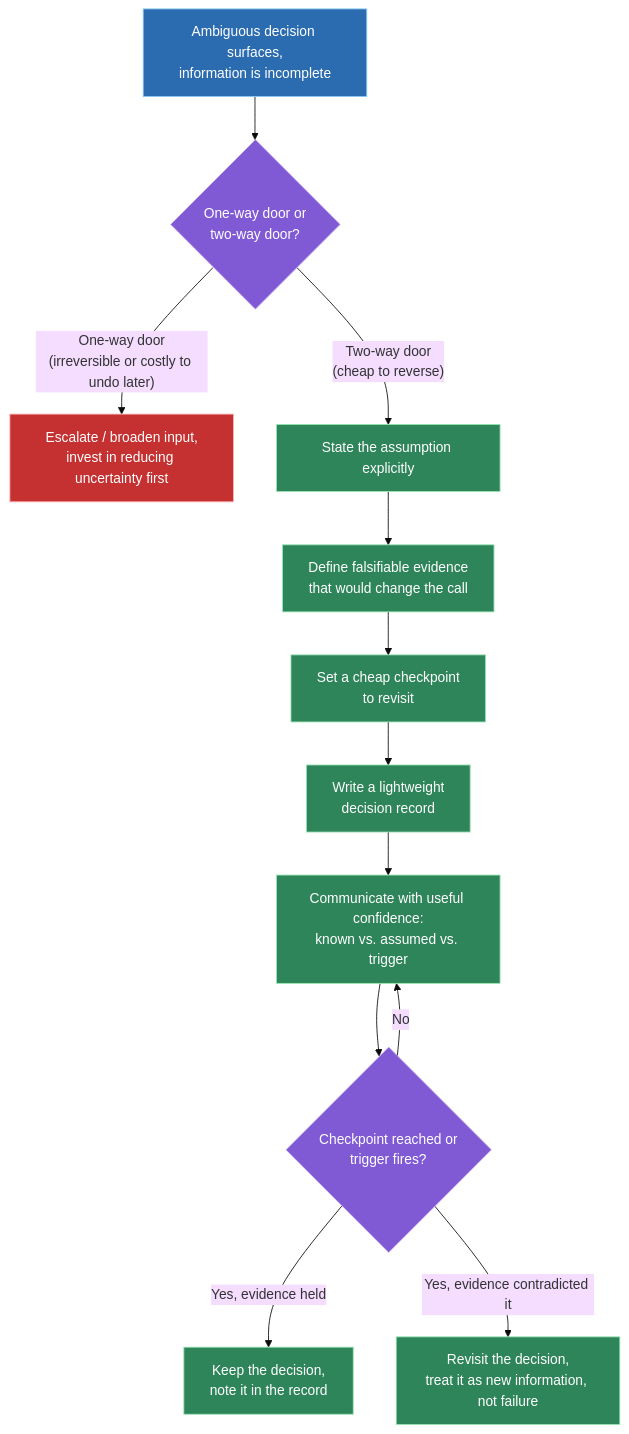
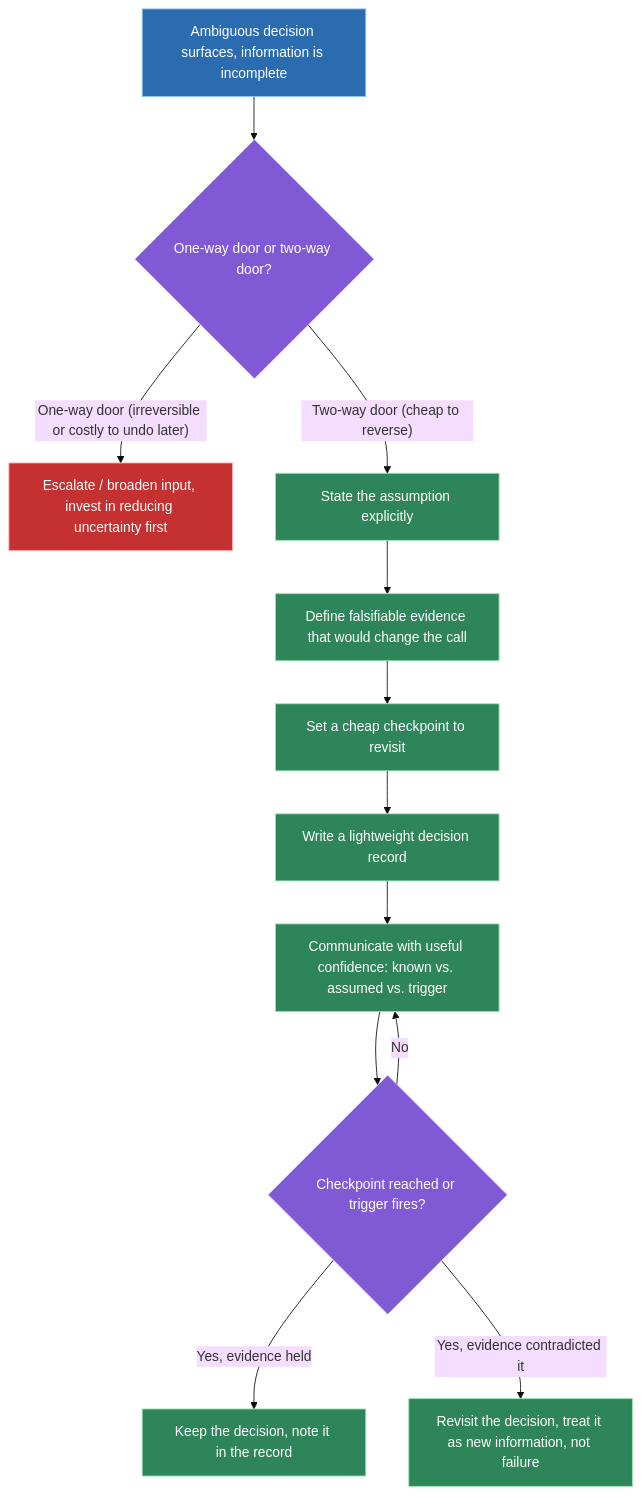
Before and after one commit to vinayakhumberi/litmus: the first of 2 diagrams in data/topics/technical-decisions-incomplete-info.md, drawn with Mermaid (base theme). The commit also changed other lines of this file and 68 other files, not shown here.

````diff
--- a/data/topics/technical-decisions-incomplete-info.md
+++ b/data/topics/technical-decisions-incomplete-info.md
@@ -100,24 +100,24 @@
 ```mermaid
 graph TD
-    A["Ambiguous decision surfaces,<br>information is incomplete"] --> B{"One-way door or<br>two-way door?"}
-    B -- "One-way door<br>(irreversible or costly to undo later)" --> C["Escalate / broaden input,<br>invest in reducing uncertainty first"]
-    B -- "Two-way door<br>(cheap to reverse)" --> D["State the assumption explicitly"]
-    D --> E["Define falsifiable evidence<br>that would change the call"]
-    E --> F["Set a cheap checkpoint<br>to revisit"]
-    F --> G["Write a lightweight<br>decision record"]
-    G --> H["Communicate with useful confidence:<br>known vs. assumed vs. trigger"]
-    H --> I{"Checkpoint reached or<br>trigger fires?"}
+    A["Ambiguous decision surfaces, information is incomplete"] --> B{"One-way door or two-way door?"}
+    B -- "One-way door (irreversible or costly to undo later)" --> C["Escalate / broaden input, invest in reducing uncertainty first"]
+    B -- "Two-way door (cheap to reverse)" --> D["State the assumption explicitly"]
+    D --> E["Define falsifiable evidence that would change the call"]
+    E --> F["Set a cheap checkpoint to revisit"]
+    F --> G["Write a lightweight decision record"]
+    G --> H["Communicate with useful confidence: known vs. assumed vs. trigger"]
+    H --> I{"Checkpoint reached or trigger fires?"}
     I -- "No" --> H
-    I -- "Yes, evidence held" --> J["Keep the decision,<br>note it in the record"]
-    I -- "Yes, evidence contradicted it" --> K["Revisit the decision,<br>treat it as new information, not failure"]
+    I -- "Yes, evidence held" --> J["Keep the decision, note it in the record"]
+    I -- "Yes, evidence contradicted it" --> K["Revisit the decision, treat it as new information, not failure"]
 
     classDef start fill:#2b6cb0,stroke:#90cdf4,color:#fff
     classDef decision fill:#805ad5,stroke:#d6bcfa,color:#fff
     classDef caution fill:#c53030,stroke:#feb2b2,color:#fff
     classDef action fill:#2f855a,stroke:#9ae6b4,color:#fff
 
     class A start
     class B,I decision
     class C caution
     class D,E,F,G,H,J,K action
 ```
````
